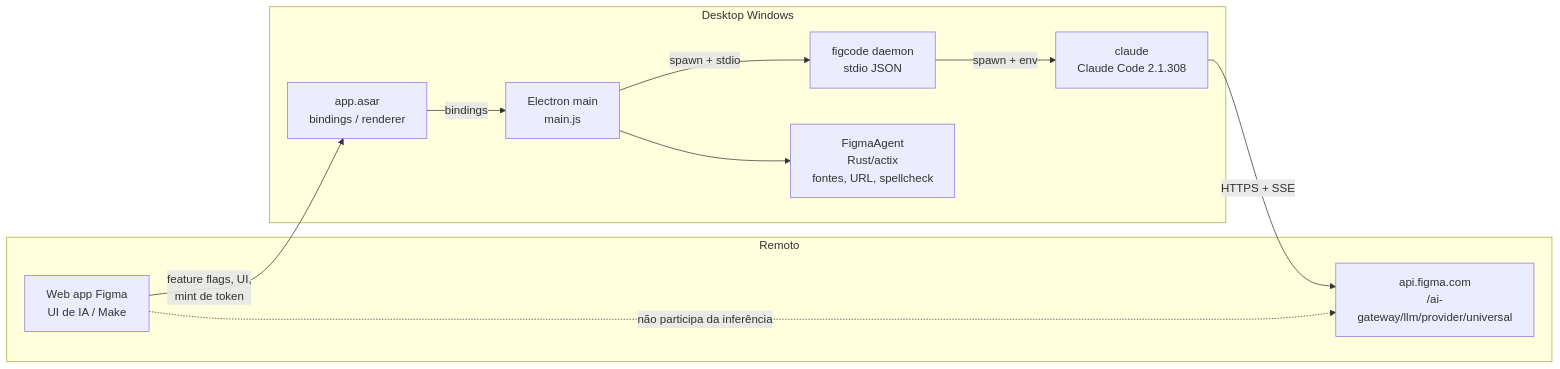
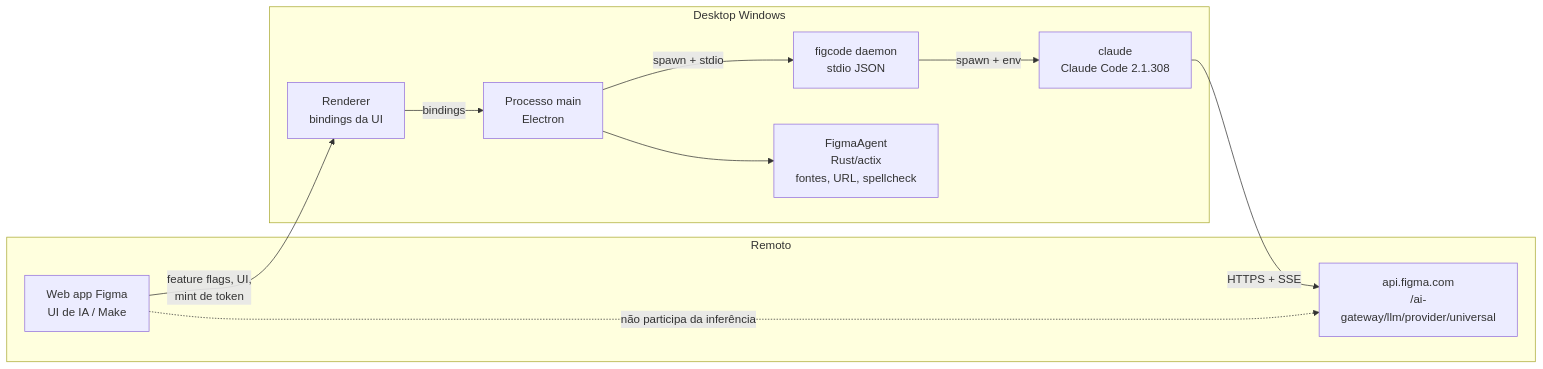
One commit to marcos2872/frank-figma-gateway changed the first of 3 diagrams in docs/figma-llm-architecture.md. Above: the diagram before and after it, drawn with Mermaid. The commit also changed other lines of this file and 8 other files, not shown here.

````diff
--- a/docs/figma-llm-architecture.md
+++ b/docs/figma-llm-architecture.md
@@ -14,23 +13,23 @@
 ```mermaid
 flowchart LR
     subgraph Remoto
         W[Web app Figma<br/>UI de IA / Make]
         API[api.figma.com<br/>/ai-gateway/llm/provider/universal]
     end
 
     subgraph Desktop Windows
-        E[Electron main<br/>main.js]
-        A[app.asar<br/>bindings / renderer]
+        E[Processo main<br/>Electron]
+        A[Renderer<br/>bindings da UI]
         F[figcode daemon<br/>stdio JSON]
         C[claude<br/>Claude Code 2.1.308]
         X[FigmaAgent<br/>Rust/actix<br/>fontes, URL, spellcheck]
     end
 
     W -->|feature flags, UI,<br/>mint de token| A
     A -->|bindings| E
     E -->|spawn + stdio| F
     F -->|spawn + env| C
     C -->|HTTPS + SSE| API
     W -.->|não participa da inferência| API
     E --> X
 ```
````
